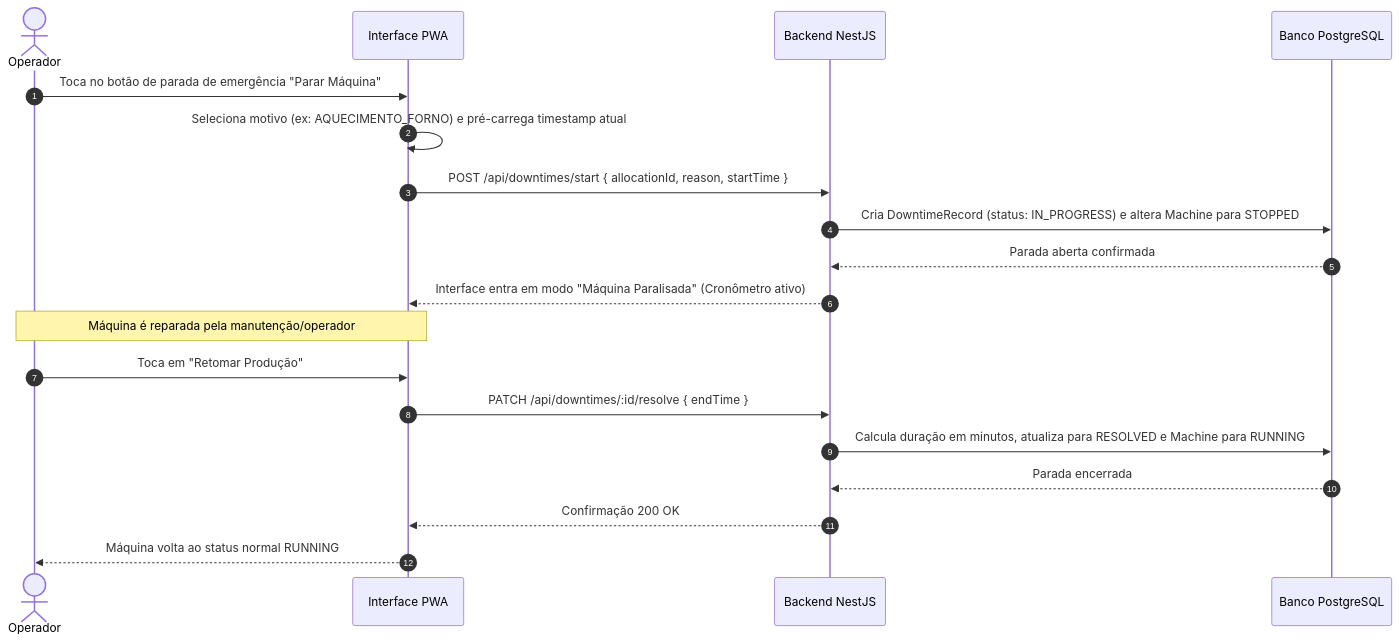
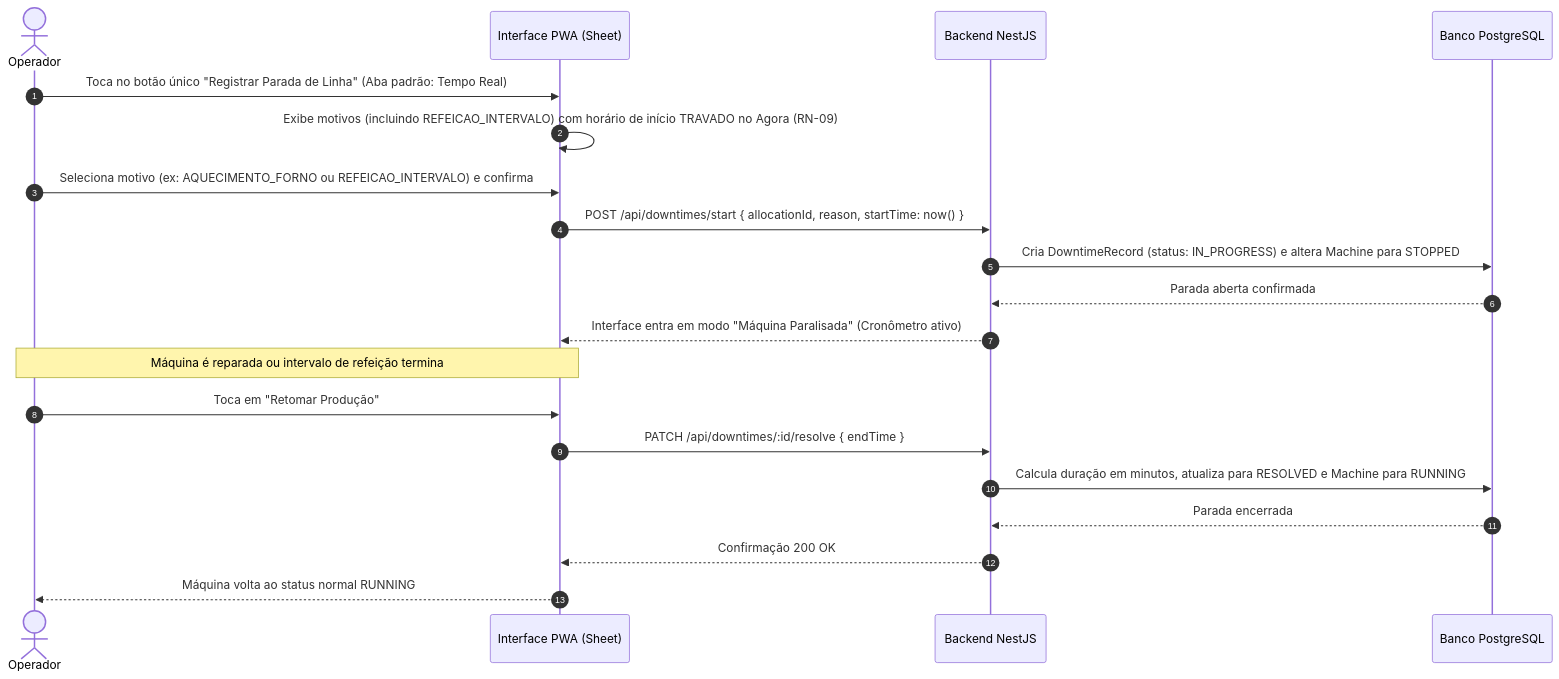
The third of 6 diagrams in docs/03-fluxos.md (FerreitoDev/SGMS), drawn with Mermaid before and after one commit. The commit also changed other lines of this file and 8 other files, not shown here.

Commit message:
docs: update requirements, business rules, and implementation roadmaps for Phase 5 features

````diff
--- a/docs/03-fluxos.md
+++ b/docs/03-fluxos.md
@@ -79,24 +81,25 @@
 ```mermaid
 sequenceDiagram
     autonumber
     actor Operador as Operador
-    participant UI as Interface PWA
+    participant UI as Interface PWA (Sheet)
     participant API as Backend NestJS
     participant DB as Banco PostgreSQL
 
-    Operador->>UI: Toca no botão de parada de emergência "Parar Máquina"
-    UI->>UI: Seleciona motivo (ex: AQUECIMENTO_FORNO) e pré-carrega timestamp atual
-    UI->>API: POST /api/downtimes/start { allocationId, reason, startTime }
+    Operador->>UI: Toca no botão único "Registrar Parada de Linha" (Aba padrão: Tempo Real)
+    UI->>UI: Exibe motivos (incluindo REFEICAO_INTERVALO) com horário de início TRAVADO no Agora (RN-09)
+    Operador->>UI: Seleciona motivo (ex: AQUECIMENTO_FORNO ou REFEICAO_INTERVALO) e confirma
+    UI->>API: POST /api/downtimes/start { allocationId, reason, startTime: now() }
     API->>DB: Cria DowntimeRecord (status: IN_PROGRESS) e altera Machine para STOPPED
     DB-->>API: Parada aberta confirmada
     API-->>UI: Interface entra em modo "Máquina Paralisada" (Cronômetro ativo)
     
-    Note over Operador, UI: Máquina é reparada pela manutenção/operador
+    Note over Operador, UI: Máquina é reparada ou intervalo de refeição termina
     
     Operador->>UI: Toca em "Retomar Produção"
     UI->>API: PATCH /api/downtimes/:id/resolve { endTime }
     API->>DB: Calcula duração em minutos, atualiza para RESOLVED e Machine para RUNNING
     DB-->>API: Parada encerrada
     API-->>UI: Confirmação 200 OK
     UI-->>Operador: Máquina volta ao status normal RUNNING
 ```
````
